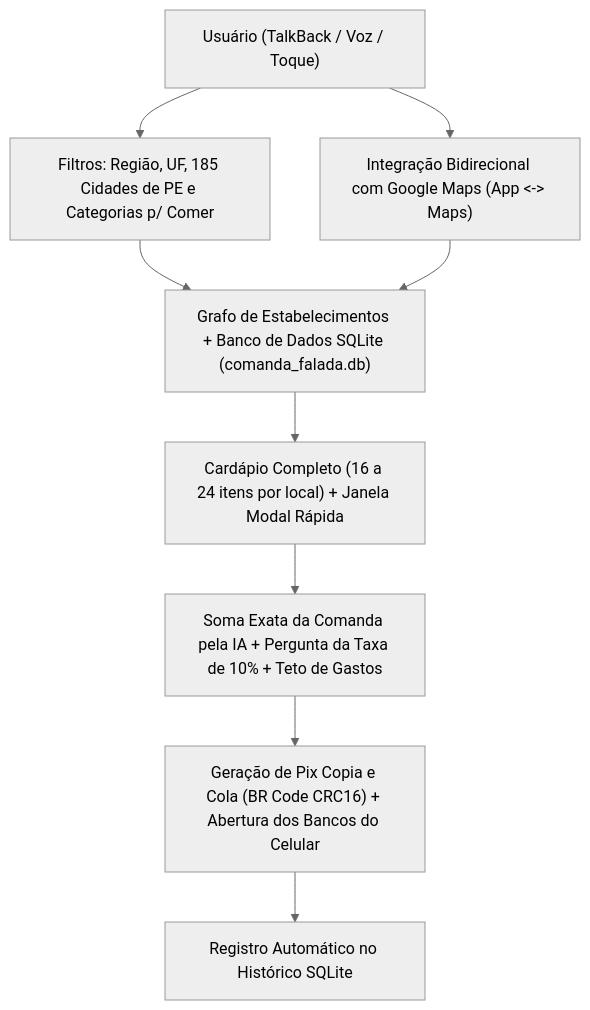
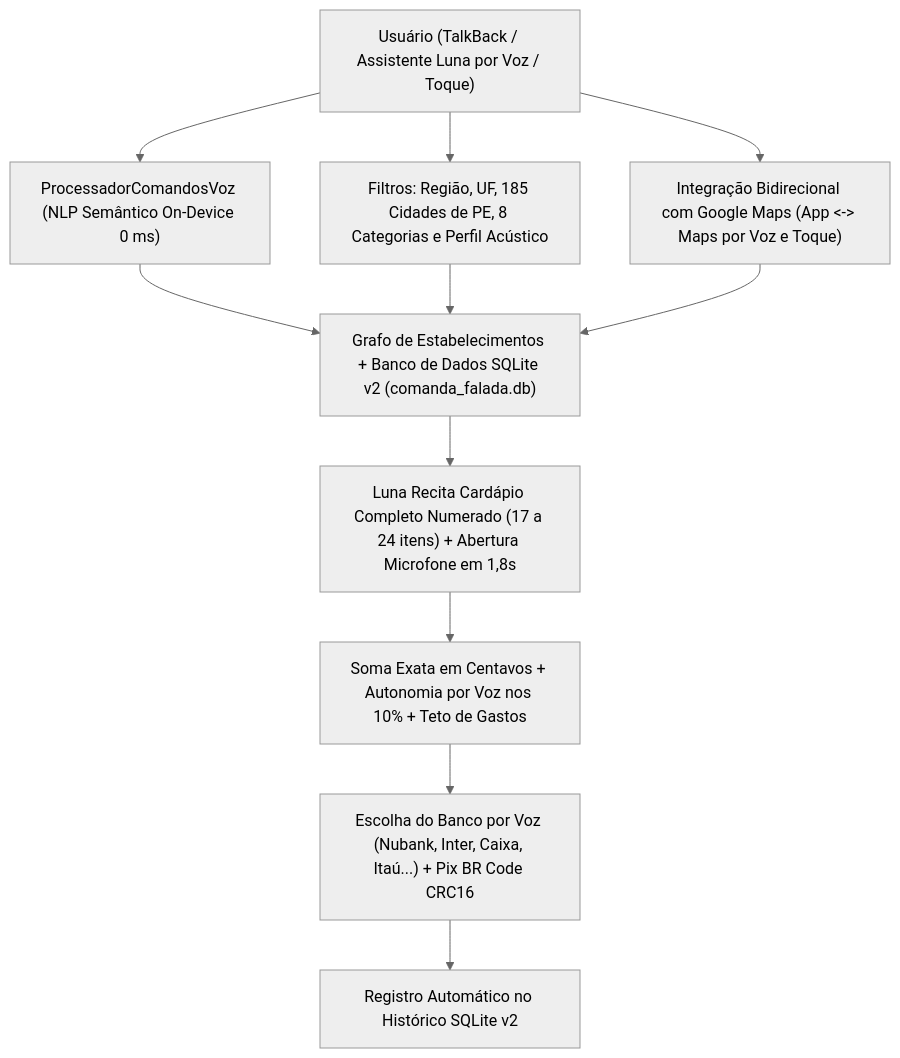
Before and after one commit to Edson-amorim/topicos-em-ia: the diagram in RELATORIO_GERAL.md, drawn with Mermaid (neutral theme). The commit also changed other lines of this file and 1 other file, not shown here.

Commit message:
docs(v8.9): atualiza RELATORIO_GERAL.md e apresentacao.html com Assistente Luna v8.9, SQLite v2, 38/38 testes aprovados e comparativo com artigos principais

````diff
--- a/RELATORIO_GERAL.md
+++ b/RELATORIO_GERAL.md
@@ -14,11 +15,13 @@
 ```mermaid
 flowchart TD
-    A["Usuário (TalkBack / Voz / Toque)"] --> B["Filtros: Região, UF, 185 Cidades de PE e Categorias p/ Comer"]
-    A --> C["Integração Bidirecional com Google Maps (App <-> Maps)"]
-    B --> D["Grafo de Estabelecimentos + Banco de Dados SQLite (comanda_falada.db)"]
-    C --> D
-    D --> E["Cardápio Completo (16 a 24 itens por local) + Janela Modal Rápida"]
-    E --> F["Soma Exata da Comanda pela IA + Pergunta da Taxa de 10% + Teto de Gastos"]
-    F --> G["Geração de Pix Copia e Cola (BR Code CRC16) + Abertura dos Bancos do Celular"]
-    G --> H["Registro Automático no Histórico SQLite"]
+    A["Usuário (TalkBack / Assistente Luna por Voz / Toque)"] --> B["ProcessadorComandosVoz (NLP Semântico On-Device 0 ms)"]
+    A --> C["Filtros: Região, UF, 185 Cidades de PE, 8 Categorias e Perfil Acústico"]
+    A --> D["Integração Bidirecional com Google Maps (App <-> Maps por Voz e Toque)"]
+    B --> E["Grafo de Estabelecimentos + Banco de Dados SQLite v2 (comanda_falada.db)"]
+    C --> E
+    D --> E
+    E --> F["Luna Recita Cardápio Completo Numerado (17 a 24 itens) + Abertura Microfone em 1,8s"]
+    F --> G["Soma Exata em Centavos + Autonomia por Voz nos 10% + Teto de Gastos"]
+    G --> H["Escolha do Banco por Voz (Nubank, Inter, Caixa, Itaú...) + Pix BR Code CRC16"]
+    H --> I["Registro Automático no Histórico SQLite v2"]
 ```
````
